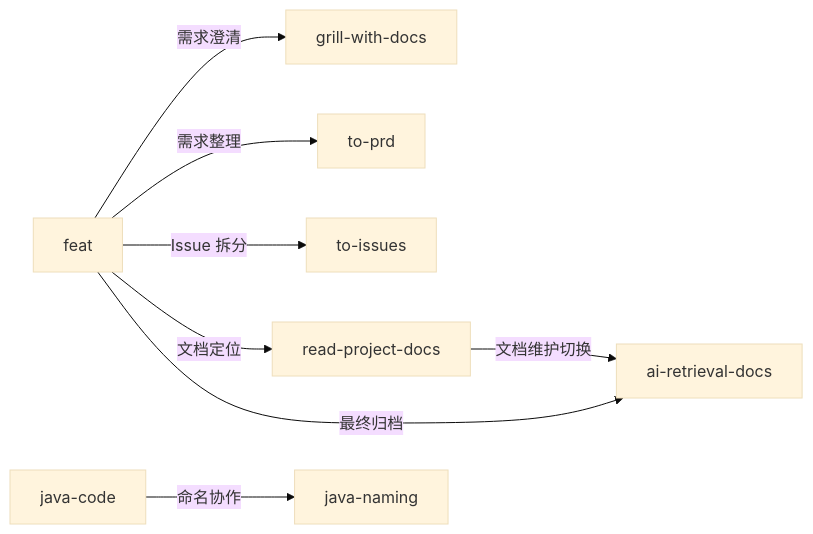
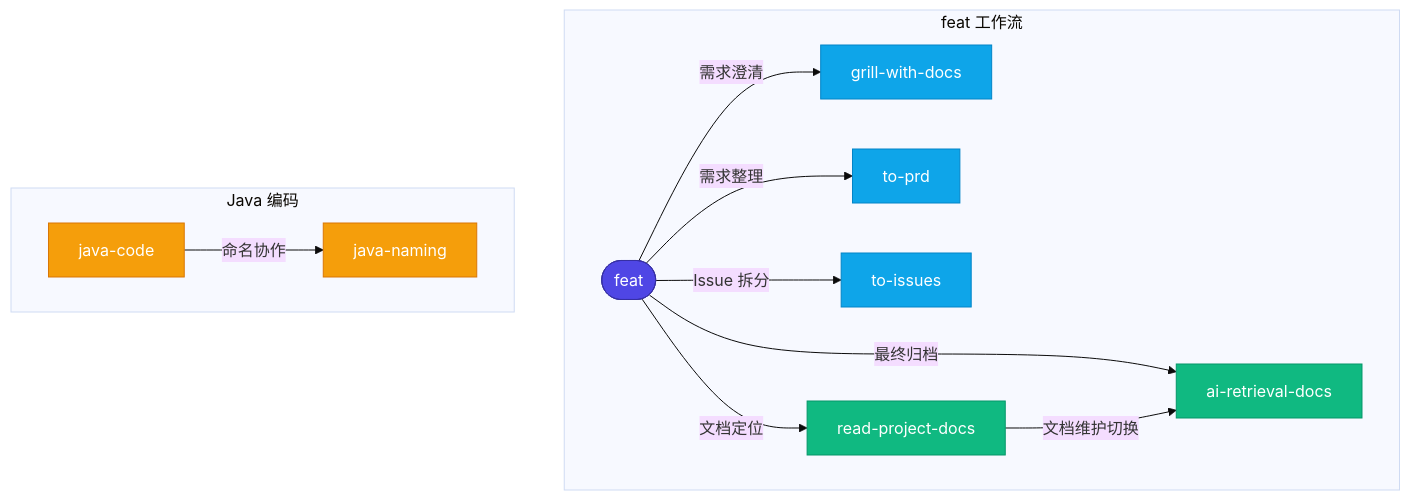
Before and after one commit to mofan212/codex-profile: the first of 3 diagrams in README.md, drawn with Mermaid (base theme). The commit also changed other lines of this file, not shown here.

````diff
--- a/README.md
+++ b/README.md
@@ -46,10 +49,33 @@
 ```mermaid
-flowchart LR
-    feat["feat"] -->|需求澄清| grillWithDocs["grill-with-docs"]
-    feat -->|需求整理| toPrd["to-prd"]
-    feat -->|Issue 拆分| toIssues["to-issues"]
-    feat -->|文档定位| readProjectDocs["read-project-docs"]
-    feat -->|最终归档| aiRetrievalDocs["ai-retrieval-docs"]
-    readProjectDocs["read-project-docs"] -->|文档维护切换| aiRetrievalDocs["ai-retrieval-docs"]
-    javaCode["java-code"] -->|命名协作| javaNaming["java-naming"]
+flowchart TD
+    subgraph feat_workflow ["feat 工作流"]
+        feat(["feat"])
+        grillWithDocs["grill-with-docs"]
+        toPrd["to-prd"]
+        toIssues["to-issues"]
+        readProjectDocs["read-project-docs"]
+        aiRetrievalDocs["ai-retrieval-docs"]
+    end
+
+    subgraph java_coding ["Java 编码"]
+        javaCode["java-code"]
+        javaNaming["java-naming"]
+    end
+
+    feat -->|需求澄清| grillWithDocs
+    feat -->|需求整理| toPrd
+    feat -->|Issue 拆分| toIssues
+    feat -->|文档定位| readProjectDocs
+    feat -->|最终归档| aiRetrievalDocs
+    readProjectDocs -->|文档维护切换| aiRetrievalDocs
+    javaCode -->|命名协作| javaNaming
+
+    style feat fill:#4f46e5,color:#fff,stroke:#3730a3
+    style grillWithDocs fill:#0ea5e9,color:#fff,stroke:#0284c7
+    style toPrd fill:#0ea5e9,color:#fff,stroke:#0284c7
+    style toIssues fill:#0ea5e9,color:#fff,stroke:#0284c7
+    style readProjectDocs fill:#10b981,color:#fff,stroke:#059669
+    style aiRetrievalDocs fill:#10b981,color:#fff,stroke:#059669
+    style javaCode fill:#f59e0b,color:#fff,stroke:#d97706
+    style javaNaming fill:#f59e0b,color:#fff,stroke:#d97706
 ```
````
